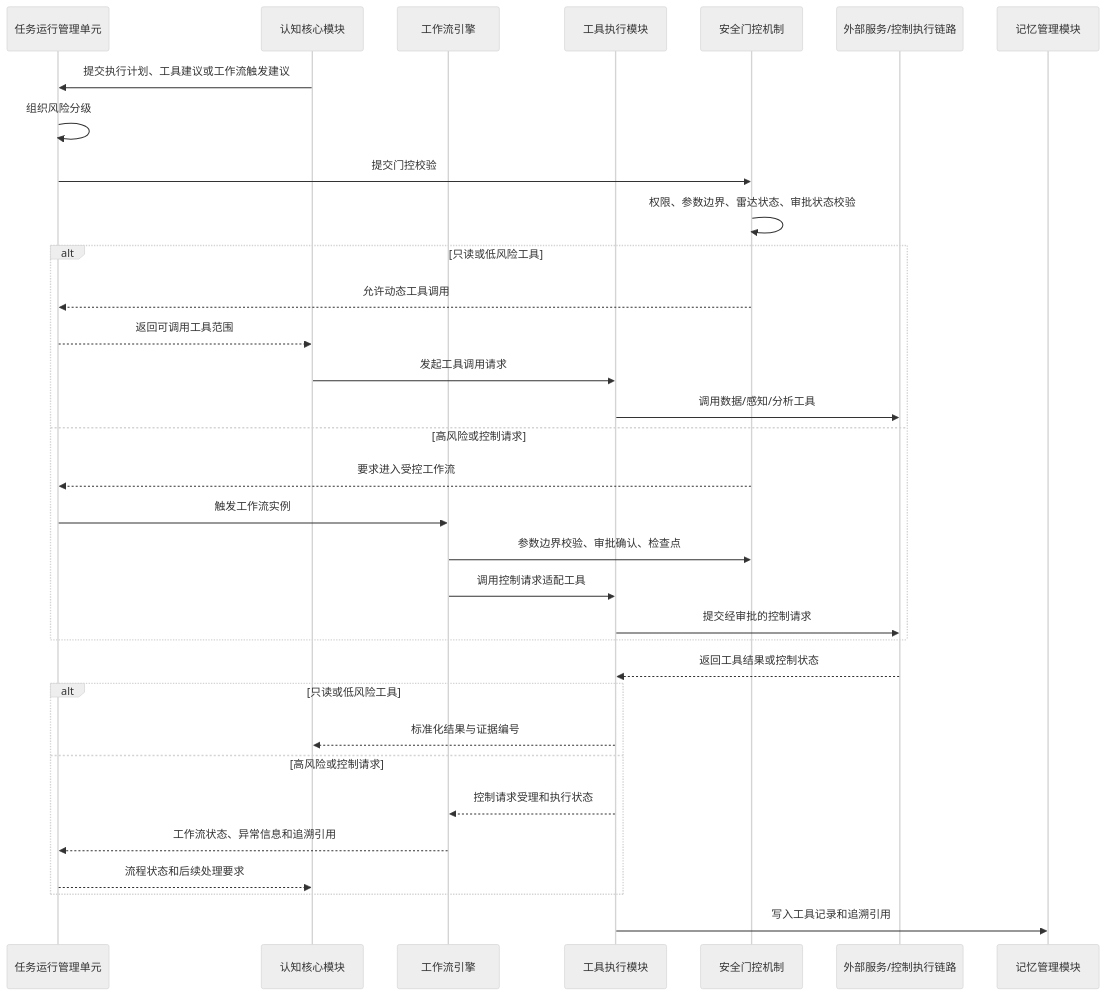
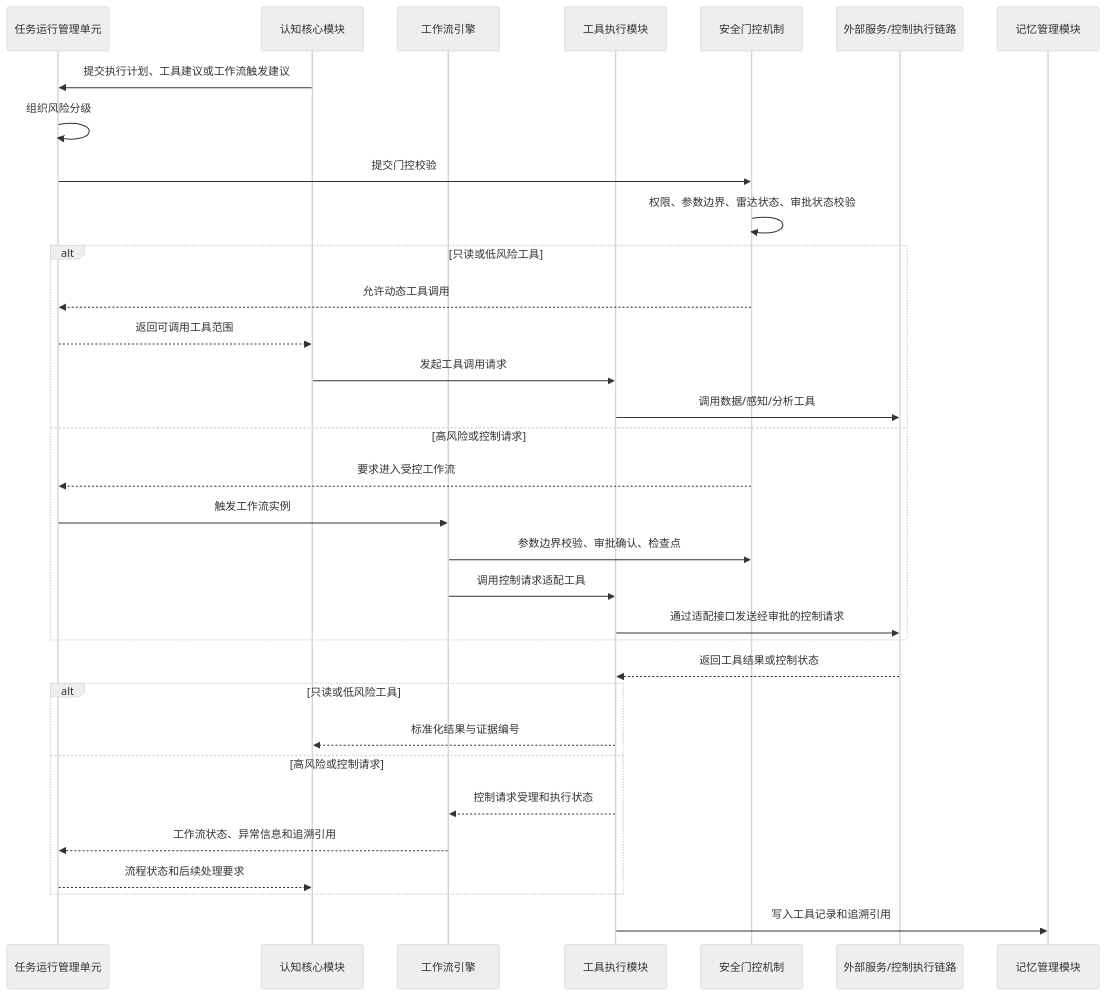
The sixth of 7 diagrams in radar agent/4.3.3.2 LD智能体子系统技术方案.md (StormSeven1/obsidian-vault), drawn with Mermaid (neutral theme) before and after one commit. The commit also changed other lines of this file, not shown here.

````diff
--- a/radar agent/4.3.3.2 LD智能体子系统技术方案.md
+++ b/radar agent/4.3.3.2 LD智能体子系统技术方案.md
@@ -440,36 +440,36 @@
 ```mermaid
 sequenceDiagram
     participant H as 任务运行管理单元
     participant C as 认知核心模块
     participant W as 工作流引擎
     participant T as 工具执行模块
     participant G as 安全门控机制
     participant R as 外部服务/控制执行链路
     participant M as 记忆管理模块
 
     C->>H: 提交执行计划、工具建议或工作流触发建议
     H->>H: 组织风险分级
     H->>G: 提交门控校验
     G->>G: 权限、参数边界、雷达状态、审批状态校验
     alt 只读或低风险工具
         G-->>H: 允许动态工具调用
         H-->>C: 返回可调用工具范围
         C->>T: 发起工具调用请求
         T->>R: 调用数据/感知/分析工具
     else 高风险或控制请求
         G-->>H: 要求进入受控工作流
         H->>W: 触发工作流实例
         W->>G: 参数边界校验、审批确认、检查点
         W->>T: 调用控制请求适配工具
-        T->>R: 提交经审批的控制请求
+        T->>R: 通过适配接口发送经审批的控制请求
     end
     R-->>T: 返回工具结果或控制状态
     alt 只读或低风险工具
         T-->>C: 标准化结果与证据编号
     else 高风险或控制请求
         T-->>W: 控制请求受理和执行状态
         W-->>H: 工作流状态、异常信息和追溯引用
         H-->>C: 流程状态和后续处理要求
     end
     T->>M: 写入工具记录和追溯引用
 ```
````
